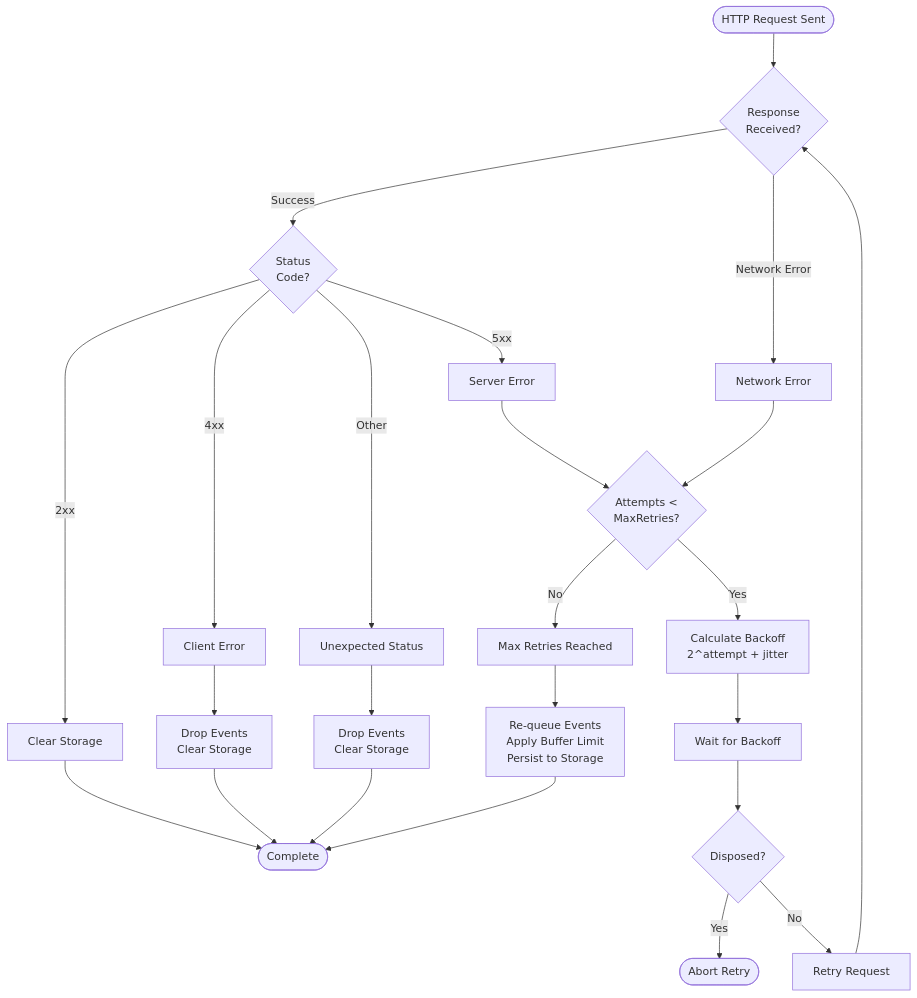
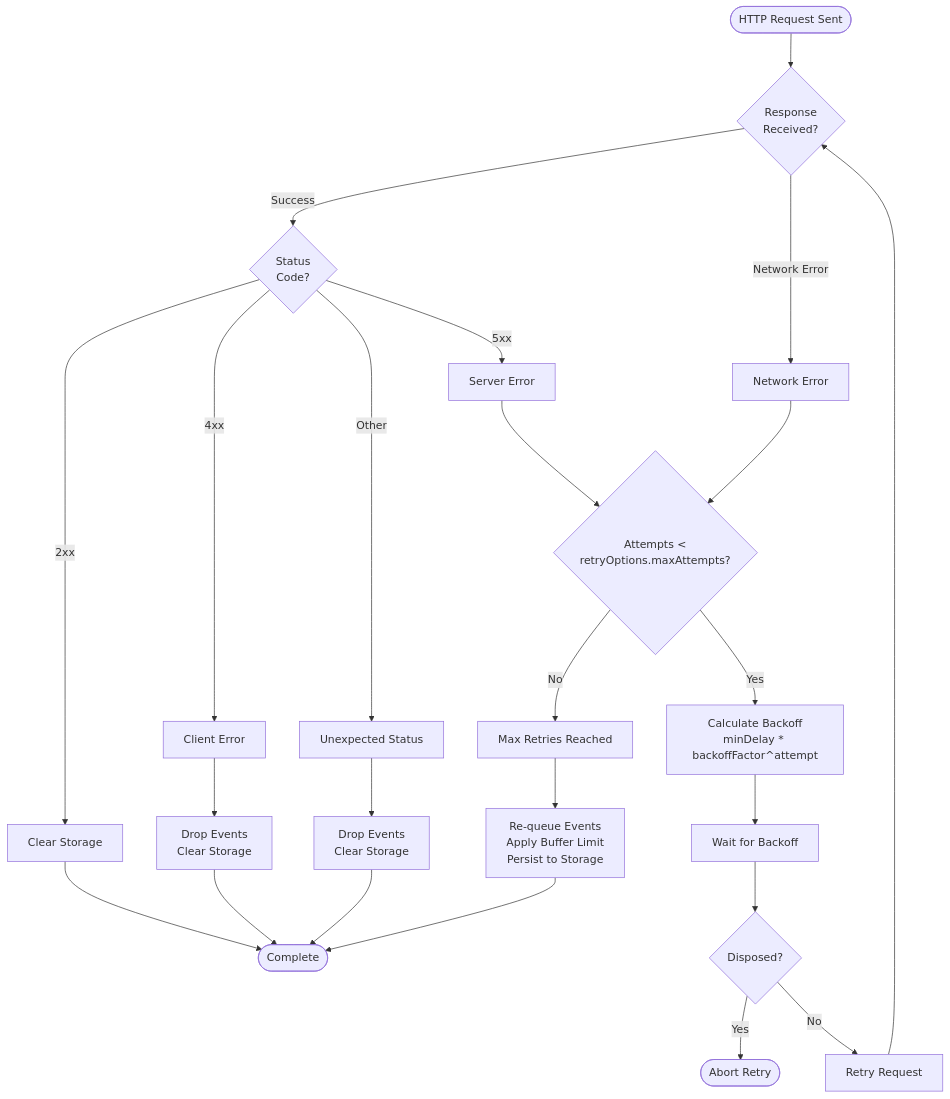
One commit to Tap30/ripple changed the eighth of 9 diagrams in DESIGN_AND_CONTRACTS.md. Above: the diagram before and after it, drawn with Mermaid. The commit also changed other lines of this file and 4 other files, not shown here.

````diff
--- a/DESIGN_AND_CONTRACTS.md
+++ b/DESIGN_AND_CONTRACTS.md
@@ -416,36 +505,36 @@
 ```mermaid
 flowchart TD
     Start([HTTP Request Sent]) --> Response{Response<br/>Received?}
 
     Response -->|Network Error| NetworkErr[Network Error]
     Response -->|Success| StatusCheck{Status<br/>Code?}
 
     StatusCheck -->|2xx| Success[Clear Storage]
     StatusCheck -->|4xx| ClientErr[Client Error]
     StatusCheck -->|5xx| ServerErr[Server Error]
     StatusCheck -->|Other| UnexpectedErr[Unexpected Status]
 
     Success --> End([Complete])
 
     ClientErr --> Drop[Drop Events<br/>Clear Storage]
     Drop --> End
 
     UnexpectedErr --> DropUnexpected[Drop Events<br/>Clear Storage]
     DropUnexpected --> End
 
-    ServerErr --> RetryCheck{Attempts <<br/>MaxRetries?}
+    ServerErr --> RetryCheck{Attempts <<br/>retryOptions.maxAttempts?}
     NetworkErr --> RetryCheck
 
-    RetryCheck -->|Yes| Backoff[Calculate Backoff<br/>2^attempt + jitter]
+    RetryCheck -->|Yes| Backoff[Calculate Backoff<br/>minDelay * backoffFactor^attempt]
     RetryCheck -->|No| MaxRetry[Max Retries Reached]
 
     Backoff --> Wait[Wait for Backoff]
     Wait --> Cancelled{Disposed?}
 
     Cancelled -->|Yes| Abort([Abort Retry])
     Cancelled -->|No| Retry[Retry Request]
     Retry --> Response
 
     MaxRetry --> Requeue[Re-queue Events<br/>Apply Buffer Limit<br/>Persist to Storage]
     Requeue --> End
 ```
````
